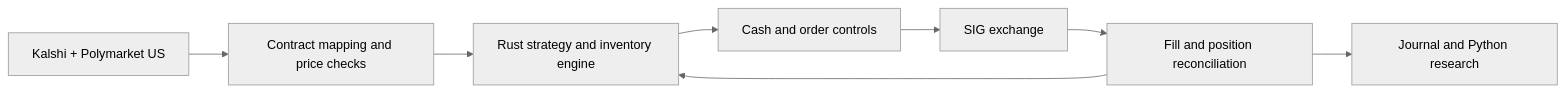
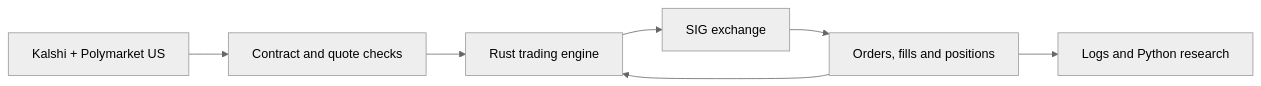
Before and after one commit to tristandarnell/Susquehanna-Predictions-Cup-Writeup: the diagram in README.md, drawn with Mermaid (neutral theme). The commit also changed other lines of this file and 4 other files, not shown here.

````diff
--- a/README.md
+++ b/README.md
@@ -31,10 +22,9 @@
 ```mermaid
 flowchart LR
-    F[Kalshi + Polymarket US] --> V[Contract mapping and price checks]
-    V --> E[Rust strategy and inventory engine]
-    E --> O[Cash and order controls]
-    O --> X[SIG exchange]
-    X --> R[Fill and position reconciliation]
+    F[Kalshi + Polymarket US] --> V[Contract and quote checks]
+    V --> E[Rust trading engine]
+    E --> X[SIG exchange]
+    X --> R[Orders, fills and positions]
     R --> E
-    R --> J[Journal and Python research]
+    R --> J[Logs and Python research]
 ```
````
